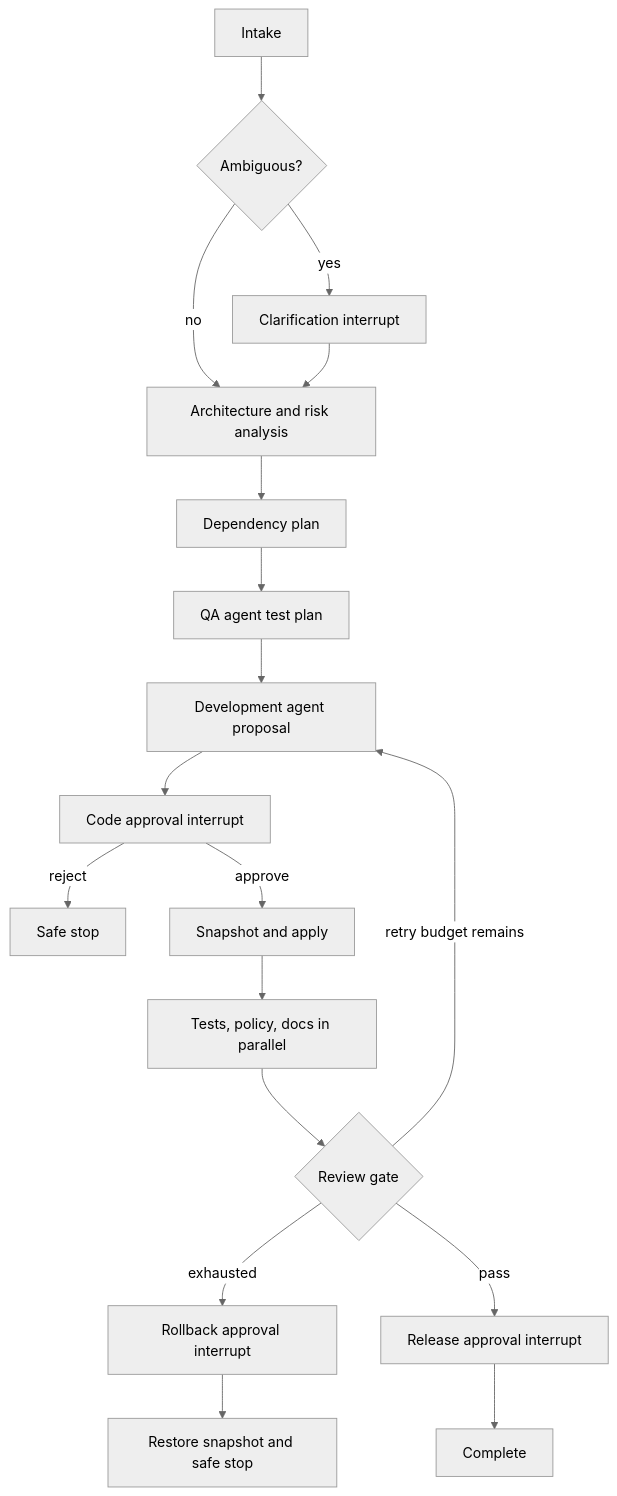
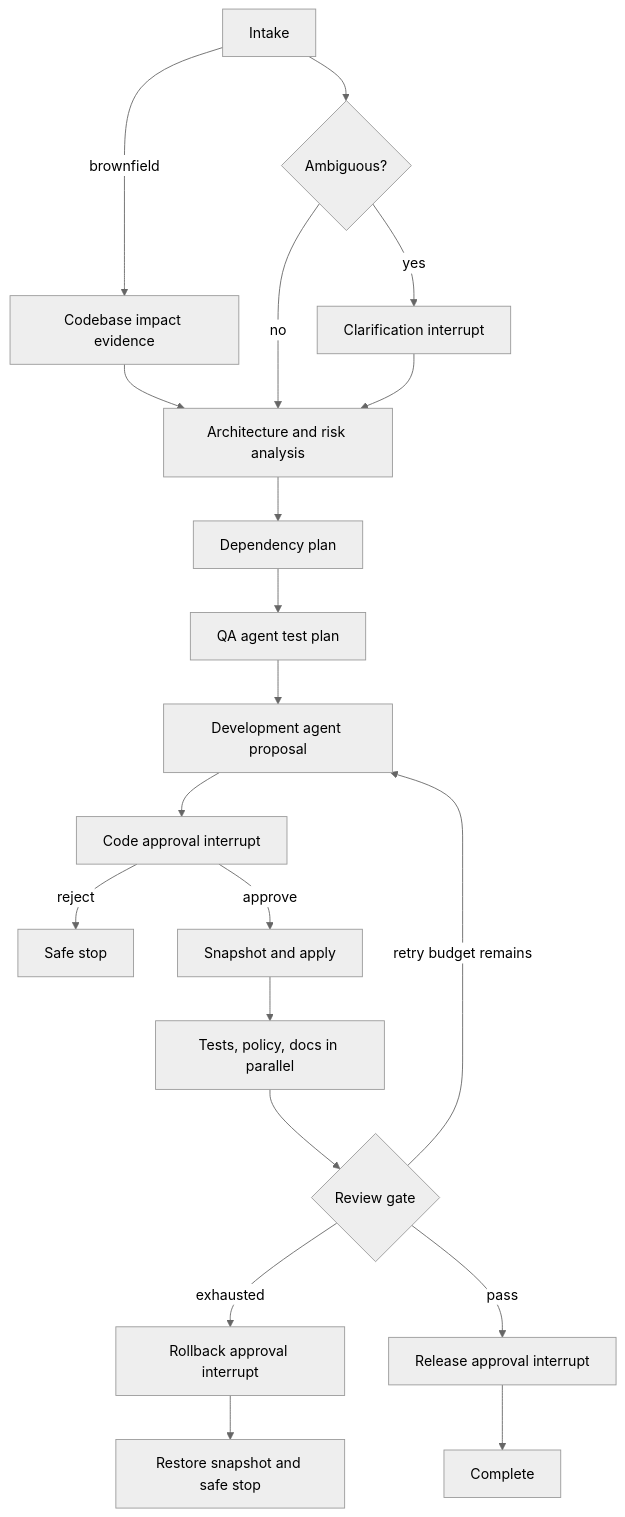
Before and after one commit to rc1208/agent-orchestration-url-shortner: the second of 2 diagrams in docs/architecture.md, drawn with Mermaid (neutral theme). The commit also changed other lines of this file and 8 other files, not shown here.

````diff
--- a/docs/architecture.md
+++ b/docs/architecture.md
@@ -25,20 +26,22 @@
 ```mermaid
 flowchart TD
   I[Intake] --> A{Ambiguous?}
+  I -->|brownfield| X[Codebase impact evidence]
+  X --> AR
   A -->|yes| C[Clarification interrupt]
   A -->|no| AR[Architecture and risk analysis]
   C --> AR
   AR --> P[Dependency plan]
   P --> Q[QA agent test plan]
   Q --> G[Development agent proposal]
   G --> H[Code approval interrupt]
   H -->|reject| S[Safe stop]
   H -->|approve| W[Snapshot and apply]
   W --> V[Tests, policy, docs in parallel]
   V --> R{Review gate}
   R -->|retry budget remains| G
   R -->|exhausted| B[Rollback approval interrupt]
   B --> RB[Restore snapshot and safe stop]
   R -->|pass| L[Release approval interrupt]
   L --> E[Complete]
 ```
````
